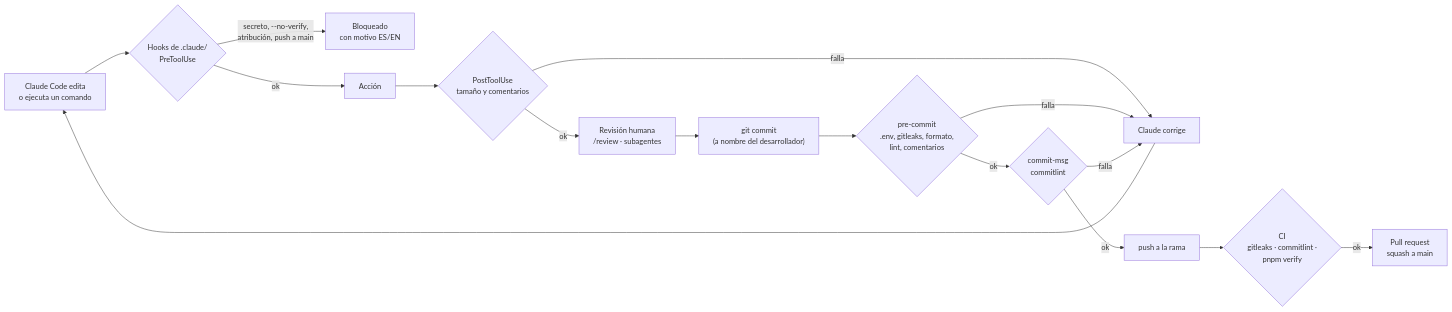
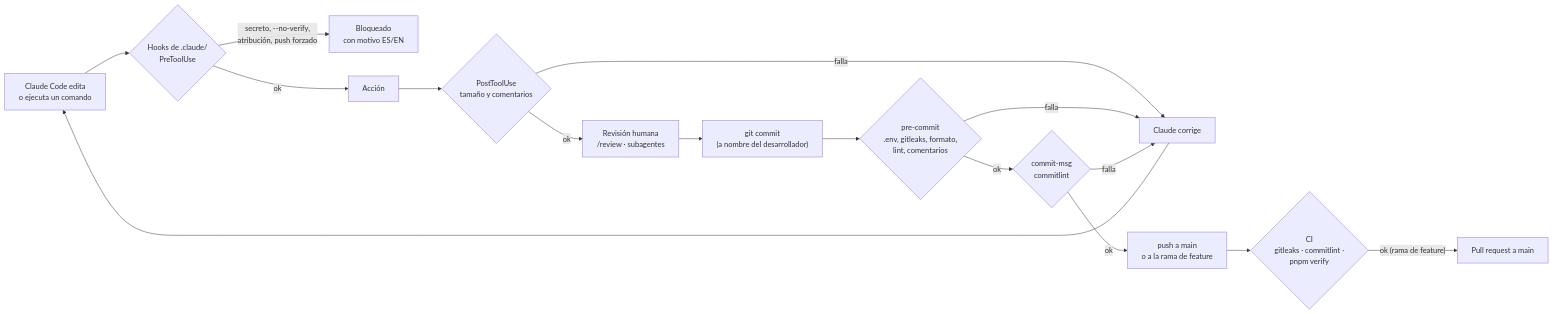
Before and after one commit to omonroyt/pt_luyoa: the diagram in docs/standards/git-workflow.md, drawn with Mermaid. The commit also changed other lines of this file and 6 other files, not shown here.

````diff
--- a/docs/standards/git-workflow.md
+++ b/docs/standards/git-workflow.md
@@ -124,17 +124,17 @@
 ```mermaid
 flowchart LR
     edit["Claude Code edita<br/>o ejecuta un comando"] --> pre{"Hooks de .claude/<br/>PreToolUse"}
-    pre -- "secreto, --no-verify,<br/>atribución, push a main" --> blocked["Bloqueado<br/>con motivo ES/EN"]
+    pre -- "secreto, --no-verify,<br/>atribución, push forzado" --> blocked["Bloqueado<br/>con motivo ES/EN"]
     pre -- ok --> action["Acción"]
     action --> post{"PostToolUse<br/>tamaño y comentarios"}
     post -- falla --> fix["Claude corrige"]
     fix --> edit
     post -- ok --> review["Revisión humana<br/>/review · subagentes"]
     review --> commit["git commit<br/>(a nombre del desarrollador)"]
     commit --> pc{"pre-commit<br/>.env, gitleaks, formato,<br/>lint, comentarios"}
     pc -- falla --> fix
     pc -- ok --> cm{"commit-msg<br/>commitlint"}
     cm -- falla --> fix
-    cm -- ok --> push["push a la rama"] --> ci{"CI<br/>gitleaks · commitlint ·<br/>pnpm verify"}
-    ci -- ok --> pr["Pull request<br/>squash a main"]
+    cm -- ok --> push["push a main<br/>o a la rama de feature"] --> ci{"CI<br/>gitleaks · commitlint ·<br/>pnpm verify"}
+    ci -- "ok (rama de feature)" --> pr["Pull request a main"]
 ```
````
